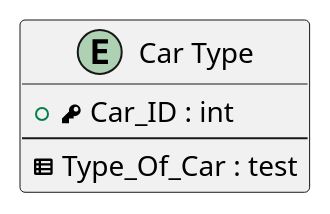
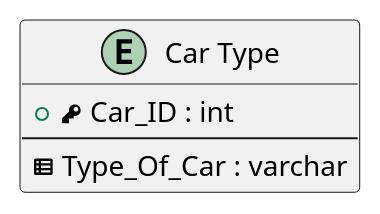
Before and after one commit to DmitryVasilkovW/ITMO-Database-design-labs-4-sem: the diagram in Labs/Lab1/Tables/Entities/CarType.puml, drawn with PlantUML. The commit also changed 7 other files, not shown here.

```diff
--- a/Labs/Lab1/Tables/Entities/CarType.puml
+++ b/Labs/Lab1/Tables/Entities/CarType.puml
@@ -1,8 +1,8 @@
 @startuml
 entity "Car Type" as carType
 {
   + <&key> Car_ID : int
   --
-  <&spreadsheet> Type_Of_Car : test
+  <&spreadsheet> Type_Of_Car : varchar
 }
 @enduml
```
